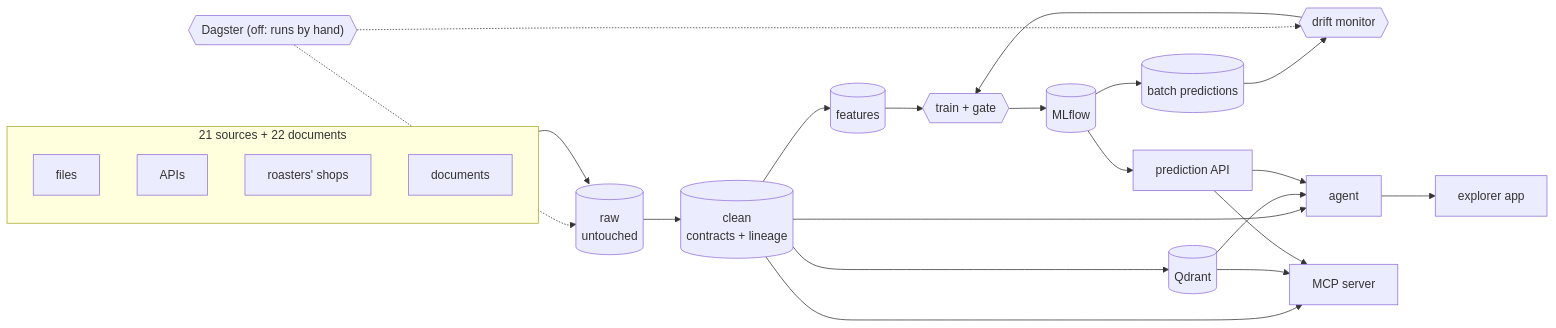
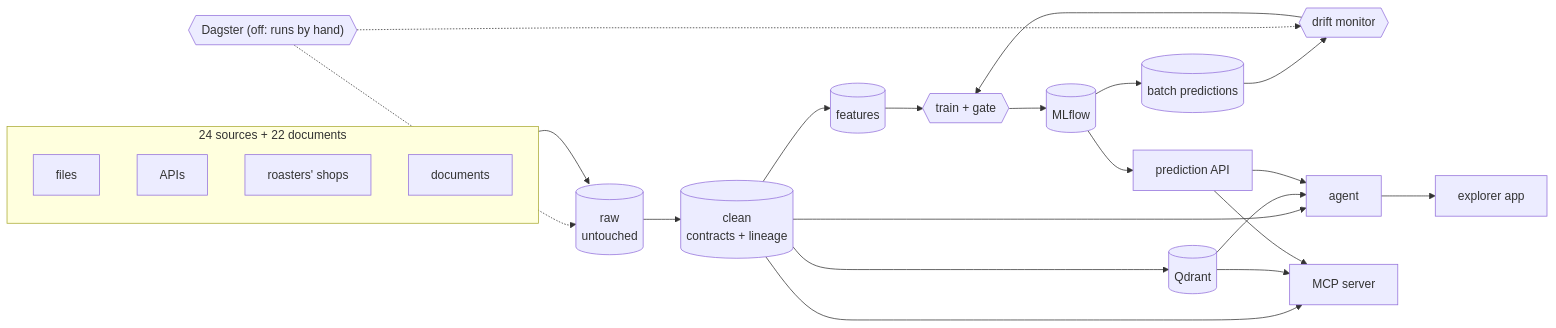
The diagram in README.md (AlanMLCH/coffee_mlops), drawn with Mermaid before and after one commit. The commit also changed other lines of this file and 30 other files, not shown here.

````diff
--- a/README.md
+++ b/README.md
@@ -107,30 +117,30 @@
 ```mermaid
 flowchart LR
-    subgraph SOURCES["21 sources + 22 documents"]
+    subgraph SOURCES["24 sources + 22 documents"]
         files["files"]
         apis["APIs"]
         shops["roasters' shops"]
         documents["documents"]
     end
     raw[("raw<br/>untouched")]
     clean[("clean<br/>contracts + lineage")]
     features[("features")]
     gate{{"train + gate"}}
     mlflow[("MLflow")]
     predictions[("batch predictions")]
     api["prediction API"]
     monitor{{"drift monitor"}}
     qdrant[("Qdrant")]
     agent["agent"]
     mcp["MCP server"]
     explorer["explorer app"]
     dagster{{"Dagster (off: runs by hand)"}}
 
     SOURCES --> raw --> clean --> features --> gate --> mlflow
     mlflow --> api & predictions
     predictions --> monitor --> gate
     clean --> qdrant
     clean & qdrant & api --> agent --> explorer
     clean & qdrant & api --> mcp
     dagster -.-> raw & monitor
 ```
````
